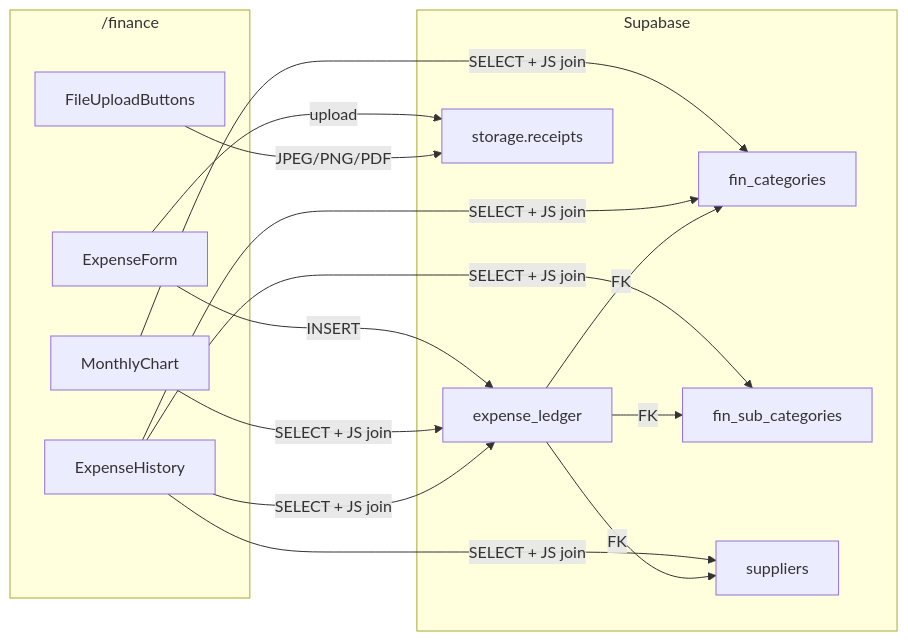
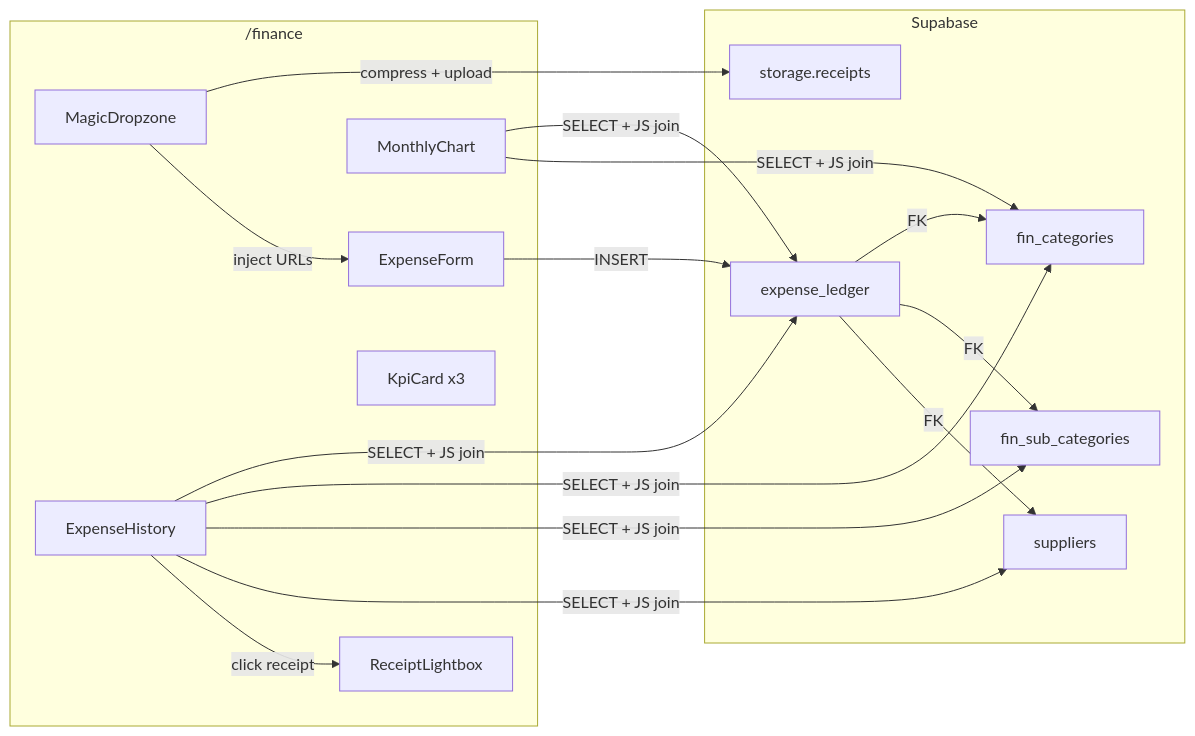
One commit to Lesyanich/shishka-os changed the first of 3 diagrams in 02_Obsidian_Vault/Financial Ledger.md. Above: the diagram before and after it, drawn with Mermaid. The commit also changed other lines of this file and 12 other files, not shown here.

````diff
--- a/02_Obsidian_Vault/Financial Ledger.md
+++ b/02_Obsidian_Vault/Financial Ledger.md
@@ -27,24 +29,27 @@
 ```mermaid
 graph LR
     subgraph Frontend ["/finance"]
+        DZ[MagicDropzone]
         FORM[ExpenseForm]
         CHART[MonthlyChart]
         HIST[ExpenseHistory]
-        UP[FileUploadButtons]
+        LB[ReceiptLightbox]
+        KPI[KpiCard x3]
     end
 
     subgraph Supabase
         EL[expense_ledger]
         FC[fin_categories]
         FSC[fin_sub_categories]
         SUP[suppliers]
         STR[storage.receipts]
     end
 
+    DZ -->|compress + upload| STR
+    DZ -->|inject URLs| FORM
     FORM -->|INSERT| EL
-    FORM -->|upload| STR
-    UP -->|JPEG/PNG/PDF| STR
     CHART -->|SELECT + JS join| EL & FC
     HIST -->|SELECT + JS join| EL & FC & FSC & SUP
+    HIST -->|click receipt| LB
     EL -->|FK| FC & FSC & SUP
 ```
````
